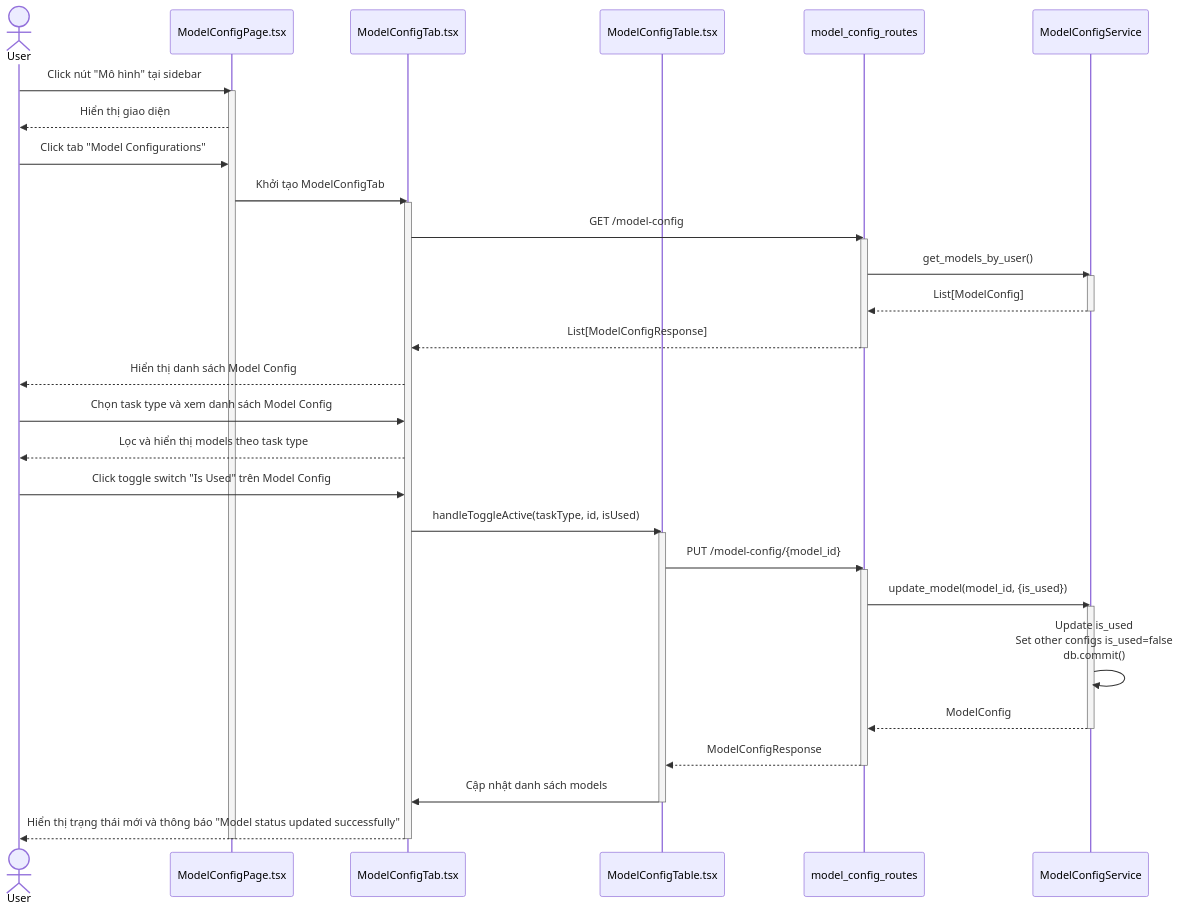
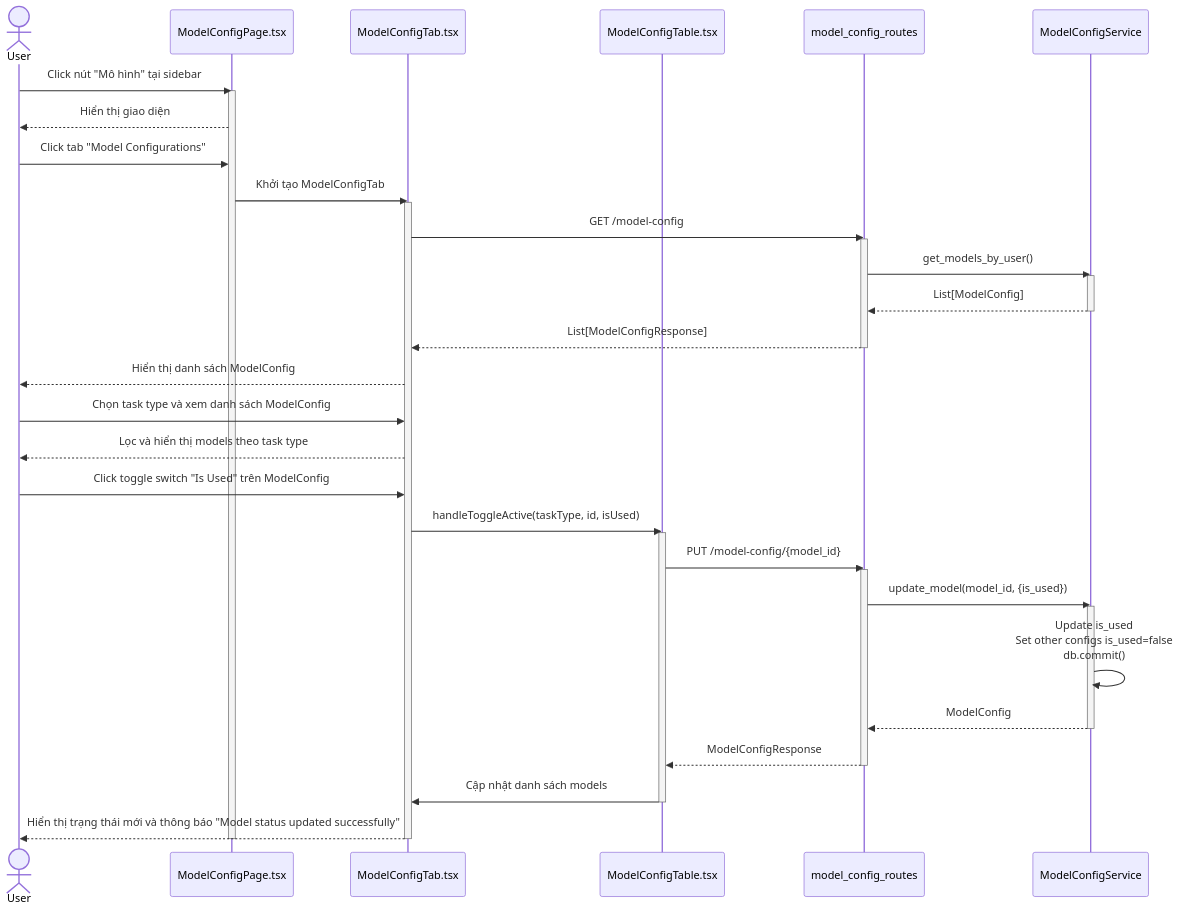
Before and after one commit to mduc-2610/gp_doc: the fifth of 10 diagrams in model_config/4_model_config_seq.md, drawn with Mermaid. The commit also changed other lines of this file and 45 other files, not shown here.

````diff
--- a/model_config/4_model_config_seq.md
+++ b/model_config/4_model_config_seq.md
@@ -268,55 +268,55 @@
 ```mermaid
 sequenceDiagram
     actor User
     participant ModelConfigPage as ModelConfigPage.tsx
     participant ModelConfigTab as ModelConfigTab.tsx
     participant ModelConfigTable as ModelConfigTable.tsx
     participant ModelConfigRoutes as model_config_routes
     participant ModelConfigService as ModelConfigService
 
     User->>ModelConfigPage: Click nút "Mô hình" tại sidebar
     activate ModelConfigPage
     ModelConfigPage-->>User: Hiển thị giao diện
     
     User->>ModelConfigPage: Click tab "Model Configurations"
     ModelConfigPage->>ModelConfigTab: Khởi tạo ModelConfigTab
     activate ModelConfigTab
     
     ModelConfigTab->>ModelConfigRoutes: GET /model-config
     activate ModelConfigRoutes
     ModelConfigRoutes->>ModelConfigService: get_models_by_user()
     activate ModelConfigService
     ModelConfigService-->>ModelConfigRoutes: List[ModelConfig]
     deactivate ModelConfigService
     ModelConfigRoutes-->>ModelConfigTab: List[ModelConfigResponse]
     deactivate ModelConfigRoutes
     
-    ModelConfigTab-->>User: Hiển thị danh sách Model Config
+    ModelConfigTab-->>User: Hiển thị danh sách ModelConfig
     
-    User->>ModelConfigTab: Chọn task type và xem danh sách Model Config
+    User->>ModelConfigTab: Chọn task type và xem danh sách ModelConfig
     ModelConfigTab-->>User: Lọc và hiển thị models theo task type
     
-    User->>ModelConfigTab: Click toggle switch "Is Used" trên Model Config
+    User->>ModelConfigTab: Click toggle switch "Is Used" trên ModelConfig
     ModelConfigTab->>ModelConfigTable: handleToggleActive(taskType, id, isUsed)
     activate ModelConfigTable
     
     ModelConfigTable->>ModelConfigRoutes: PUT /model-config/{model_id}
     activate ModelConfigRoutes
     ModelConfigRoutes->>ModelConfigService: update_model(model_id, {is_used})
     activate ModelConfigService
     
     ModelConfigService->>ModelConfigService: Update is_used<br/>Set other configs is_used=false<br/>db.commit()
     
     ModelConfigService-->>ModelConfigRoutes: ModelConfig
     deactivate ModelConfigService
     ModelConfigRoutes-->>ModelConfigTable: ModelConfigResponse
     deactivate ModelConfigRoutes
     
     ModelConfigTable->>ModelConfigTab: Cập nhật danh sách models
     deactivate ModelConfigTable
     
     ModelConfigTab-->>User: Hiển thị trạng thái mới và thông báo "Model status updated successfully"
     
     deactivate ModelConfigTab
     deactivate ModelConfigPage
 ```
````
